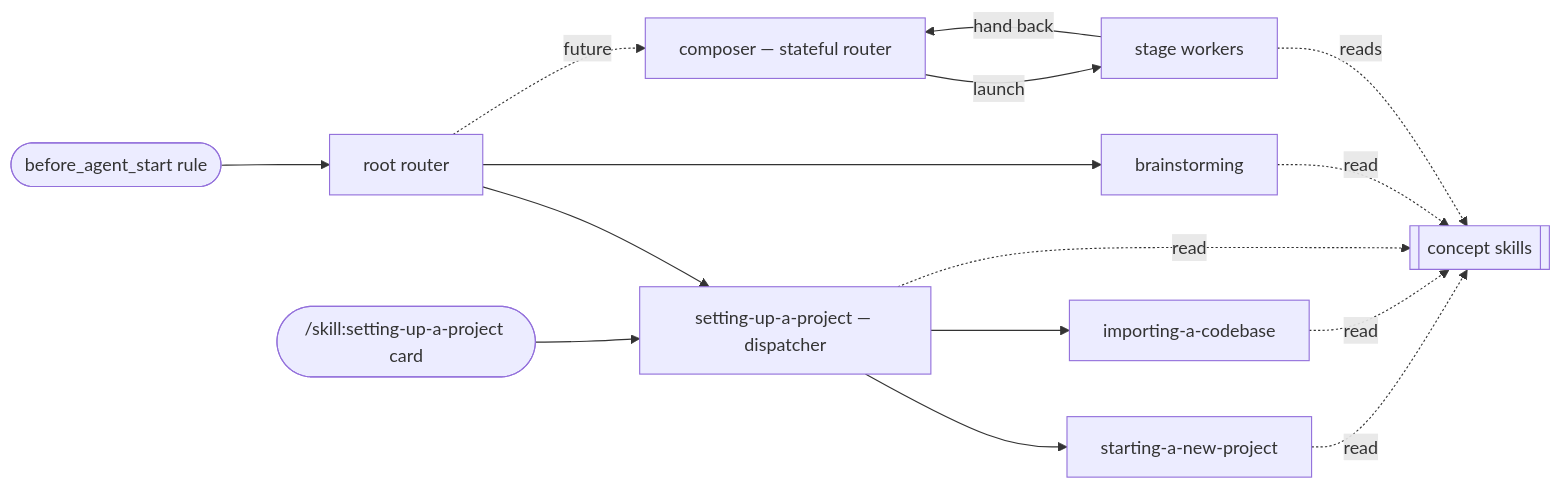
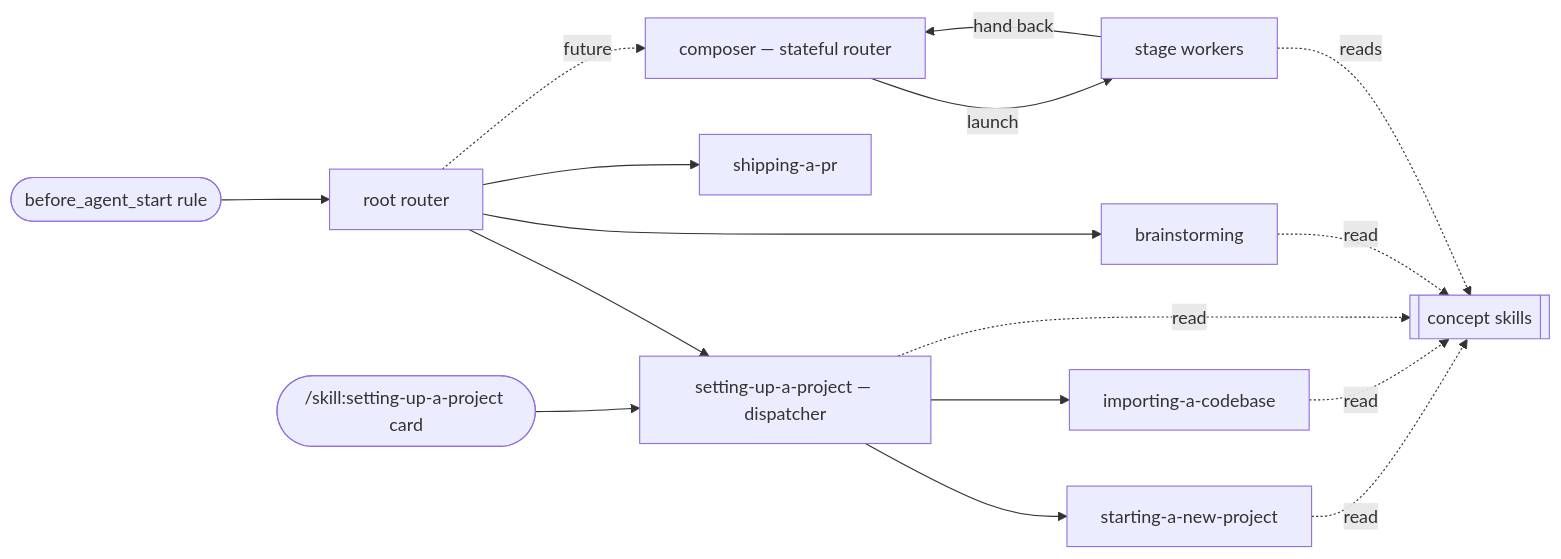
The diagram in packages/pi-thinkrail-workflow/skills/SPEC.md (JetBrains/thinkrail), drawn with Mermaid before and after one commit. The commit also changed other lines of this file and 7 other files, not shown here.

````diff
--- a/packages/pi-thinkrail-workflow/skills/SPEC.md
+++ b/packages/pi-thinkrail-workflow/skills/SPEC.md
@@ -75,14 +75,15 @@
 ```mermaid
 flowchart LR
   rule([before_agent_start rule]) --> router[root router]
   router --> ps[setting-up-a-project — dispatcher]
   router --> bs[brainstorming]
+  router --> ship[shipping-a-pr]
   card(["/skill:setting-up-a-project card"]) --> ps
   ps --> pn[starting-a-new-project]
   ps --> pim[importing-a-codebase]
   router -. future .-> comp[composer — stateful router]
   comp -->|launch| st[stage workers]
   st -->|hand back| comp
   bs & pn & pim & ps -. read .-> con[[concept skills]]
   st -. reads .-> con
 ```
````
